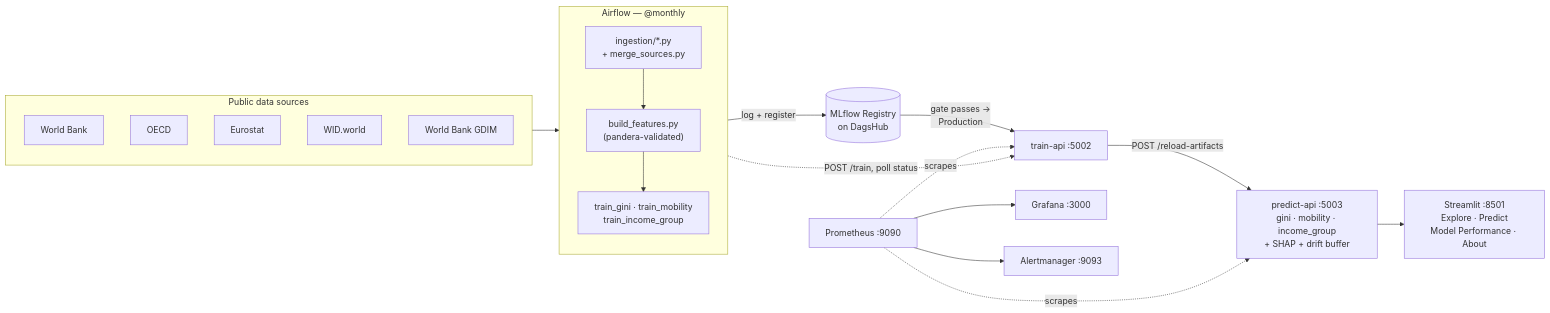
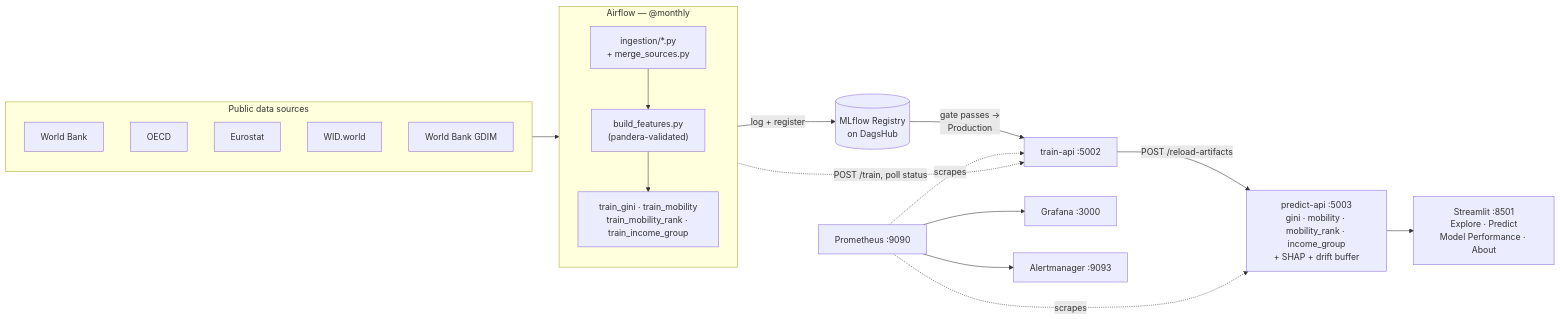
The diagram in README.md (zz75da/income-inequality-mlops), drawn with Mermaid before and after one commit. The commit also changed other lines of this file and 12 other files, not shown here.

````diff
--- a/README.md
+++ b/README.md
@@ -115,29 +123,29 @@
 ```mermaid
 flowchart LR
     subgraph sources["Public data sources"]
         WB[World Bank]
         OECD
         EU[Eurostat]
         WID[WID.world]
         GDIM[World Bank GDIM]
     end
 
     subgraph airflow_dag["Airflow — @monthly"]
         direction TB
         Ingest["ingestion/*.py\n+ merge_sources.py"] --> Features["build_features.py\n(pandera-validated)"]
-        Features --> Train["train_gini · train_mobility\ntrain_income_group"]
+        Features --> Train["train_gini · train_mobility\ntrain_mobility_rank · train_income_group"]
     end
 
     sources --> Ingest
     Train -->|"log + register"| MLflow[("MLflow Registry\non DagsHub")]
     MLflow -->|"gate passes ->\nProduction"| TrainAPI["train-api :5002"]
-    TrainAPI -->|"POST /reload-artifacts"| PredictAPI["predict-api :5003\ngini · mobility · income_group\n+ SHAP + drift buffer"]
+    TrainAPI -->|"POST /reload-artifacts"| PredictAPI["predict-api :5003\ngini · mobility · mobility_rank · income_group\n+ SHAP + drift buffer"]
     airflow_dag -.->|"POST /train, poll status"| TrainAPI
 
     PredictAPI --> Streamlit["Streamlit :8501\nExplore · Predict\nModel Performance · About"]
 
     Prometheus["Prometheus :9090"] -.->|scrapes| TrainAPI
     Prometheus -.->|scrapes| PredictAPI
     Prometheus --> Grafana["Grafana :3000"]
     Prometheus --> Alertmanager["Alertmanager :9093"]
 ```
````
